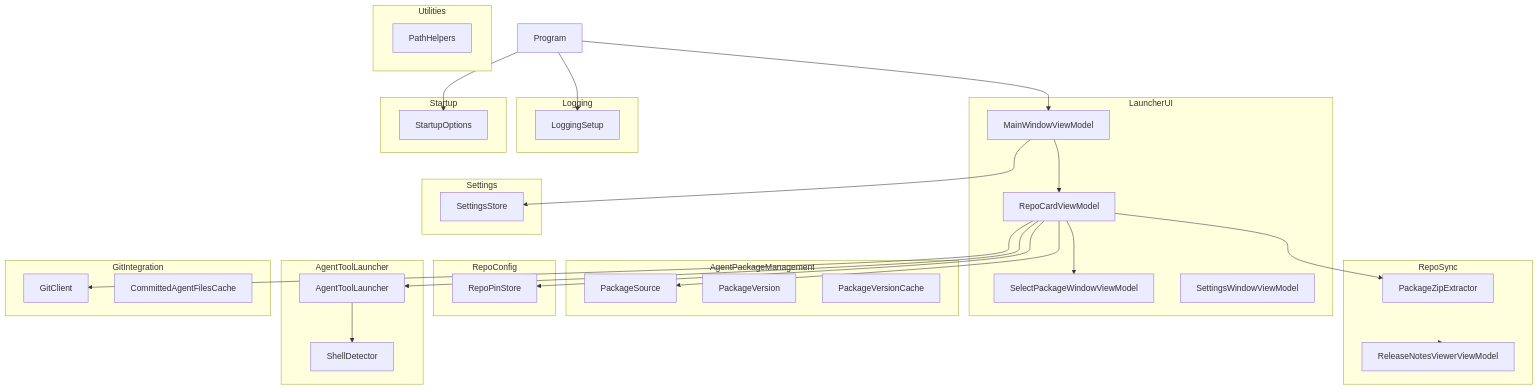
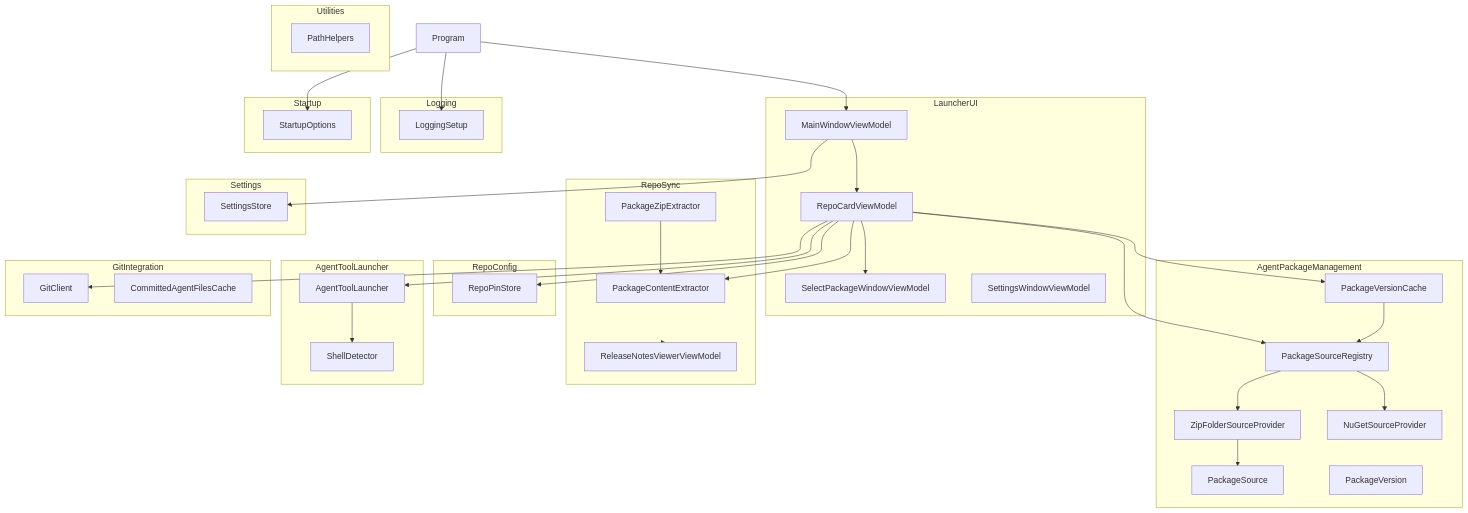
Before and after one commit to demaconsulting/AgentControl: the diagram in docs/design/agent-control.md, drawn with Mermaid. The commit also changed other lines of this file and 121 other files, not shown here.

First line of the commit message:
Add multi-source package model, zip and NuGet folder providers, pin v2 (Pass 1A)

````diff
--- a/docs/design/agent-control.md
+++ b/docs/design/agent-control.md
@@ -14,55 +14,65 @@
 ```mermaid
 flowchart TD
     Program
     subgraph LauncherUI
         MainWindowViewModel
         RepoCardViewModel
         SelectPackageWindowViewModel
         SettingsWindowViewModel
     end
     subgraph AgentPackageManagement
         PackageSource
         PackageVersion
         PackageVersionCache
+        PackageSourceRegistry
+        ZipFolderSourceProvider
+        NuGetSourceProvider
     end
     subgraph RepoSync
+        PackageContentExtractor
         PackageZipExtractor
         ReleaseNotesViewerViewModel
     end
     subgraph RepoConfig
         RepoPinStore
     end
     subgraph AgentToolLauncher
         ShellDetector
         AgentToolLauncher_Unit[AgentToolLauncher]
     end
     subgraph GitIntegration
         GitClient
         CommittedAgentFilesCache
     end
     subgraph Settings
         SettingsStore
     end
     subgraph Logging
         LoggingSetup
     end
     subgraph Startup
         StartupOptions
     end
     subgraph Utilities
         PathHelpers
     end
     Program --> StartupOptions
     Program --> LoggingSetup
     Program --> MainWindowViewModel
     MainWindowViewModel --> RepoCardViewModel
     MainWindowViewModel --> SettingsStore
-    RepoCardViewModel --> PackageSource
-    RepoCardViewModel --> PackageZipExtractor
+    RepoCardViewModel --> PackageSourceRegistry
+    RepoCardViewModel --> PackageVersionCache
+    PackageSourceRegistry --> ZipFolderSourceProvider
+    PackageSourceRegistry --> NuGetSourceProvider
+    ZipFolderSourceProvider --> PackageSource
+    PackageVersionCache --> PackageSourceRegistry
+    RepoCardViewModel --> PackageContentExtractor
+    PackageZipExtractor --> PackageContentExtractor
     RepoCardViewModel --> RepoPinStore
     RepoCardViewModel --> GitClient
     RepoCardViewModel --> AgentToolLauncher_Unit
     RepoCardViewModel --> SelectPackageWindowViewModel
     RepoSync --> ReleaseNotesViewerViewModel
     AgentToolLauncher_Unit --> ShellDetector
 ```
````
